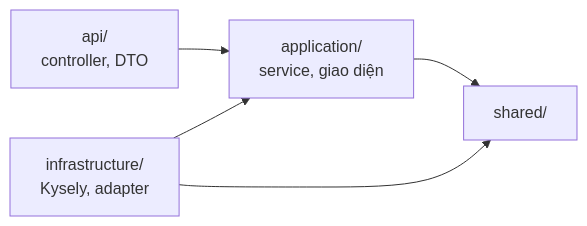
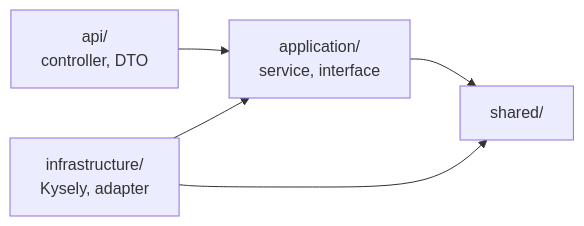
Before and after one commit to Akaza-ban/OCK-360: the diagram in docs/07-folder-structure.md, drawn with Mermaid. The commit also changed other lines of this file and 24 other files, not shown here.

````diff
--- a/docs/07-folder-structure.md
+++ b/docs/07-folder-structure.md
@@ -142,7 +142,7 @@
 ```mermaid
 flowchart LR
-    api["api/<br/>controller, DTO"] --> app["application/<br/>service, giao diện"]
+    api["api/<br/>controller, DTO"] --> app["application/<br/>service, interface"]
     infra["infrastructure/<br/>Kysely, adapter"] --> app
     app --> shared["shared/"]
     infra --> shared
 ```
````
